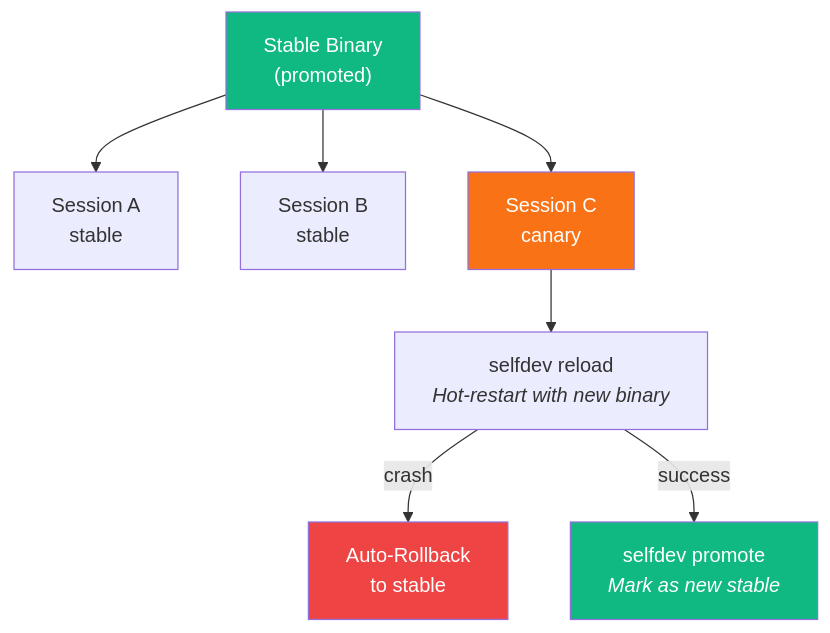
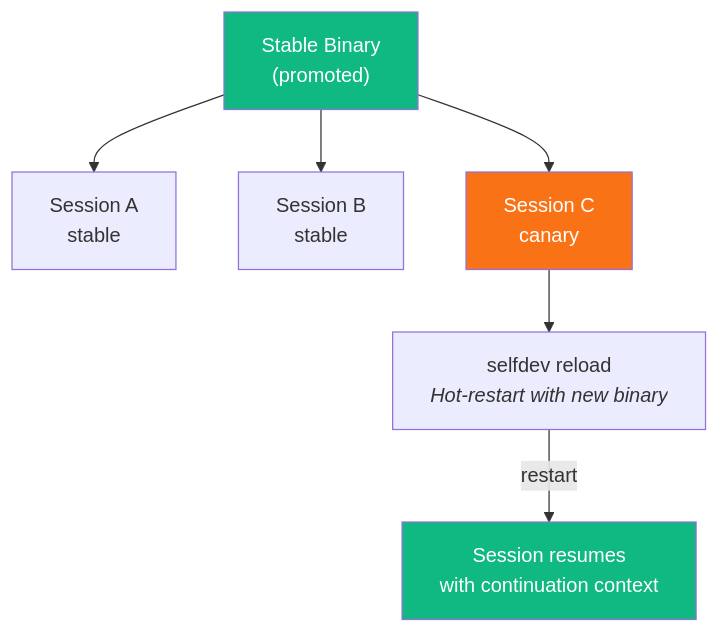
Before and after one commit to zipadoodlez/kcode: the eighth of 12 diagrams in README.md, drawn with Mermaid. The commit also changed other lines of this file, not shown here.

Commit message:
docs: remove stale selfdev rollback description

````diff
--- a/README.md
+++ b/README.md
@@ -458,17 +458,15 @@
 ```mermaid
 graph TB
     Stable["Stable Binary<br>(promoted)"]
 
     Stable --> A["Session A<br>stable"]
     Stable --> B["Session B<br>stable"]
     Stable --> C["Session C<br>canary"]
 
     C --> Reload["selfdev reload<br><i>Hot-restart with new binary</i>"]
-    Reload -->|"crash"| Rollback["Auto-Rollback<br>to stable"]
-    Reload -->|"success"| Promote["selfdev promote<br><i>Mark as new stable</i>"]
+    Reload -->|"restart"| Continue["Session resumes<br>with continuation context"]
 
     style Stable fill:#10b981,color:#fff
     style C fill:#f97316,color:#fff
-    style Rollback fill:#ef4444,color:#fff
-    style Promote fill:#10b981,color:#fff
+    style Continue fill:#10b981,color:#fff
 ```
````
